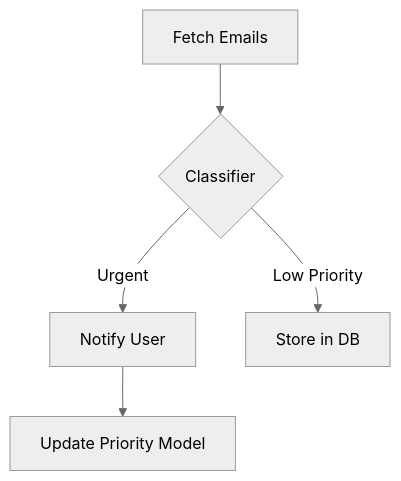
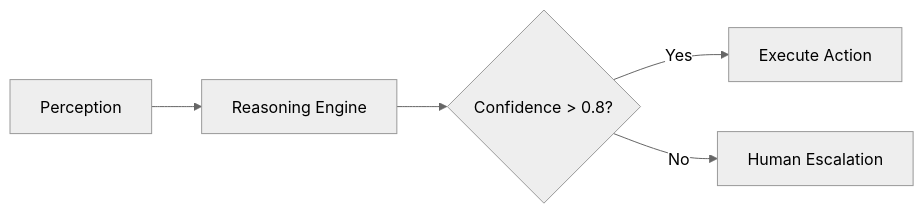
One commit to hafizhpratama/blog-starter changed the diagram in content/articles/how-to-build-ai-agents-a-complete-guide-for-2025.mdx. Above: the diagram before and after it, drawn with Mermaid (neutral theme). The commit also changed other lines of this file and 1 other file, not shown here.

````diff
--- a/content/articles/how-to-build-ai-agents-a-complete-guide-for-2025.mdx
+++ b/content/articles/how-to-build-ai-agents-a-complete-guide-for-2025.mdx
@@ -126,7 +148,7 @@
 ```mermaid
-flowchart TD
-    A[Fetch Emails] --> B{Classifier}
-    B -->|Urgent| C[Notify User]
-    B -->|Low Priority| D[Store in DB]
-    C --> E[Update Priority Model]
+graph LR
+A[Perception] --> B[Reasoning Engine]
+B --> C{Confidence > 0.8?}
+C -->|Yes| D[Execute Action]
+C -->|No| E[Human Escalation]
 ```
````
